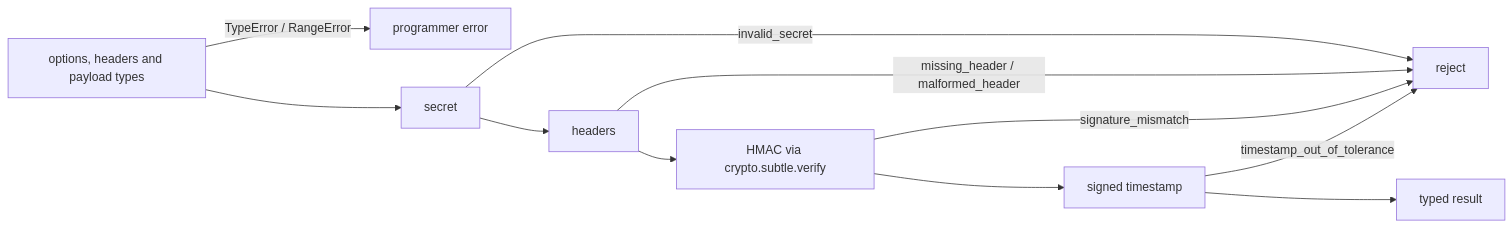
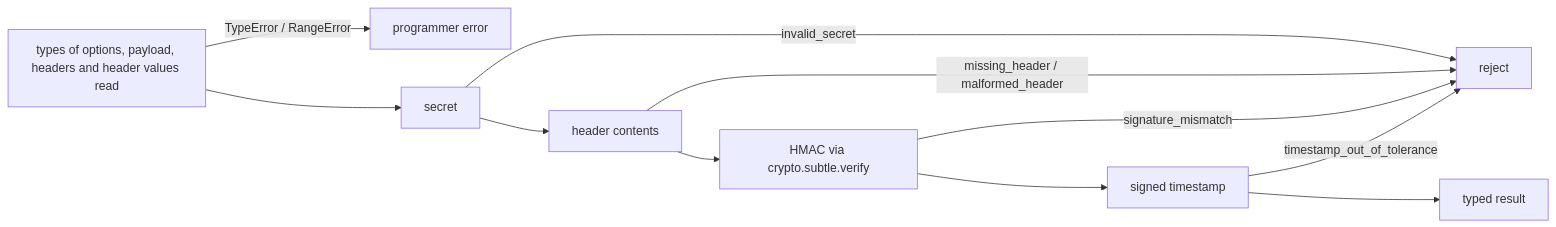
The diagram in README.md (aozmekik/webhook-signatures), drawn with Mermaid before and after one commit. The commit also changed other lines of this file and 2 other files, not shown here.

First line of the commit message:
docs: state that header values are type-checked before the secret

````diff
--- a/README.md
+++ b/README.md
@@ -187,9 +193,9 @@
 ```mermaid
 flowchart LR
-  A[options, headers and payload types] -->|TypeError / RangeError| X1[programmer error]
+  A["types of options, payload, headers and header values read"] -->|TypeError / RangeError| X1[programmer error]
   A --> B[secret] -->|invalid_secret| X2[reject]
-  B --> C[headers] -->|missing_header / malformed_header| X2
+  B --> C[header contents] -->|missing_header / malformed_header| X2
   C --> D[HMAC via crypto.subtle.verify] -->|signature_mismatch| X2
   D --> E[signed timestamp] -->|timestamp_out_of_tolerance| X2
   E --> F[typed result]
 ```
````
